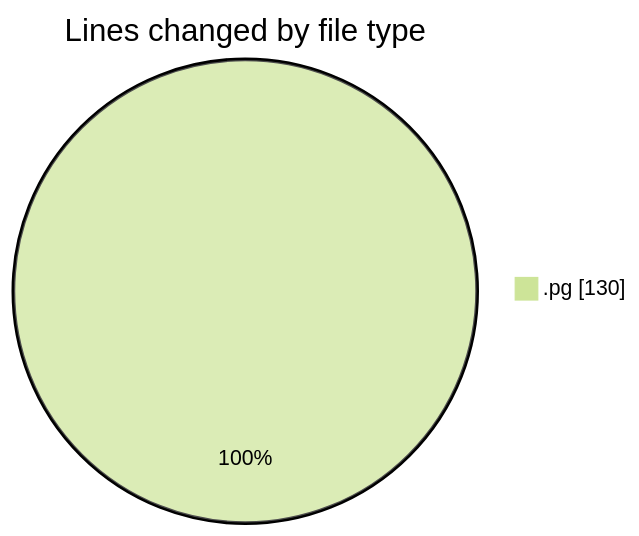
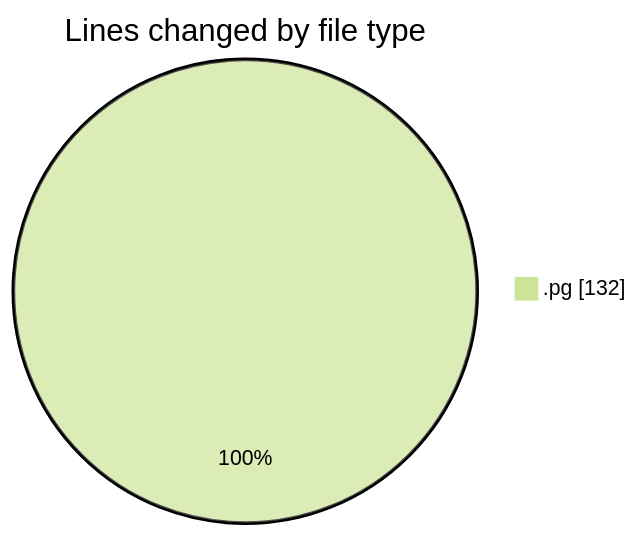
One commit to charlie-sans/code-tracking changed the first of 2 diagrams in 2025-05-19/fluxsdk-v0_4_0/README.md. Above: the diagram before and after it, drawn with Mermaid (forest theme). The commit also changed other lines of this file and 1 other file, not shown here.

````diff
--- a/2025-05-19/fluxsdk-v0_4_0/README.md
+++ b/2025-05-19/fluxsdk-v0_4_0/README.md
@@ -20,5 +20,5 @@
 ```mermaid
 pie showData
 title Lines changed by file type
-".pg" : 130
+".pg" : 132
 ```
````
